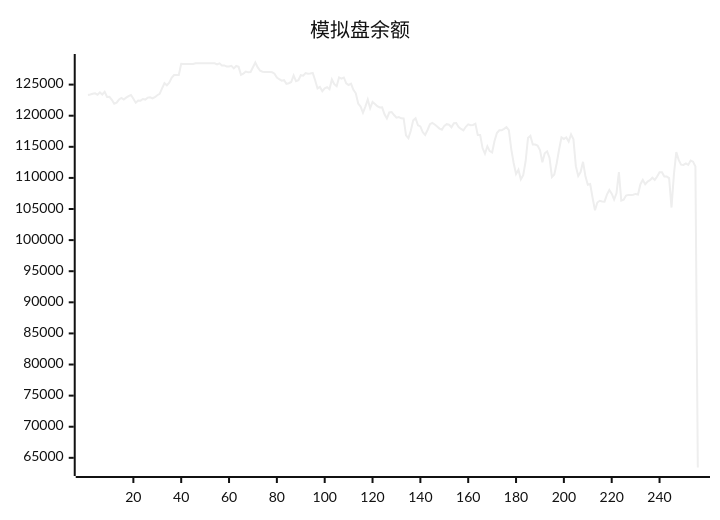
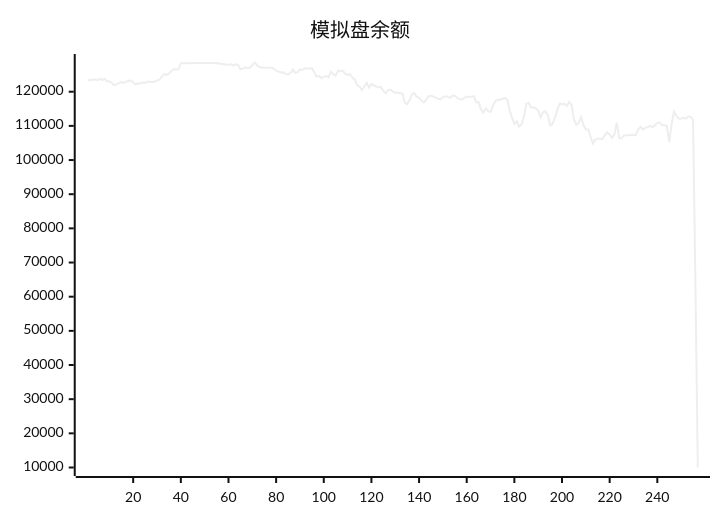
The diagram in README.md (aahl/ai-trading), drawn with Mermaid (neutral theme) before and after one commit. The commit also changed other lines of this file and 1 other file, not shown here.

````diff
--- a/README.md
+++ b/README.md
@@ -5,5 +5,5 @@
 ```mermaid
 xychart
     title "模拟盘余额"
-    line [123338,123402,123530,123592,123378,123745,123413,123853,123009,123040,122557,121938,122095,122599,122856,122597,122898,123160,123319,122719,122087,122454,122416,122685,122592,122907,122961,122776,122981,123295,123507,124403,125224,124894,125303,126088,126544,126534,126549,128335,128318,128318,128318,128318,128318,128424,128424,128424,128424,128424,128424,128424,128424,128424,128247,128412,128062,128087,127917,127901,128026,127611,128000,127850,126572,126770,127100,126971,127029,127783,128554,127765,127224,127064,127044,127009,127025,127004,126738,126152,125871,125635,125707,125117,125217,125420,126480,125545,125715,126511,126424,126856,126764,126788,126890,125710,124381,124632,123936,124402,124574,124256,125833,125070,124739,126154,125966,126145,125213,124943,125143,124157,123604,121959,121476,120476,121470,122610,121201,122221,121889,121522,121332,121344,120232,119559,120513,120577,120108,119680,119777,119572,119568,116839,116392,117573,119250,119585,118469,118277,117338,116897,117706,118628,118849,118579,118280,117926,117735,118373,118639,118544,118136,118798,118819,118162,117874,117649,118215,118601,118463,118517,118713,116911,116899,114798,113887,115084,114313,114091,115934,117221,117658,117658,117883,118164,117693,114632,112403,110644,111313,109777,110444,112673,116419,116772,115355,115355,115198,114476,112510,113954,114276,113223,110151,110561,112361,114562,116522,116265,116500,115845,117000,116199,111887,110306,110942,112588,110318,108891,109011,106814,104811,106038,106327,106201,106180,107315,108068,107463,106528,107530,110941,106346,106482,107161,107268,107270,107302,107426,107340,108985,109681,108962,109404,109645,110030,109680,110214,110918,110897,110215,110212,109962,105235,110525,114151,112895,112137,112083,112329,112094,112784,112613,111829,63445]
+    line [123338,123402,123530,123592,123378,123745,123413,123853,123009,123040,122557,121938,122095,122599,122856,122597,122898,123160,123319,122719,122087,122454,122416,122685,122592,122907,122961,122776,122981,123295,123507,124403,125224,124894,125303,126088,126544,126534,126549,128335,128318,128318,128318,128318,128318,128424,128424,128424,128424,128424,128424,128424,128424,128424,128247,128412,128062,128087,127917,127901,128026,127611,128000,127850,126572,126770,127100,126971,127029,127783,128554,127765,127224,127064,127044,127009,127025,127004,126738,126152,125871,125635,125707,125117,125217,125420,126480,125545,125715,126511,126424,126856,126764,126788,126890,125710,124381,124632,123936,124402,124574,124256,125833,125070,124739,126154,125966,126145,125213,124943,125143,124157,123604,121959,121476,120476,121470,122610,121201,122221,121889,121522,121332,121344,120232,119559,120513,120577,120108,119680,119777,119572,119568,116839,116392,117573,119250,119585,118469,118277,117338,116897,117706,118628,118849,118579,118280,117926,117735,118373,118639,118544,118136,118798,118819,118162,117874,117649,118215,118601,118463,118517,118713,116911,116899,114798,113887,115084,114313,114091,115934,117221,117658,117658,117883,118164,117693,114632,112403,110644,111313,109777,110444,112673,116419,116772,115355,115355,115198,114476,112510,113954,114276,113223,110151,110561,112361,114562,116522,116265,116500,115845,117000,116199,111887,110306,110942,112588,110318,108891,109011,106814,104811,106038,106327,106201,106180,107315,108068,107463,106528,107530,110941,106346,106482,107161,107268,107270,107302,107426,107340,108985,109681,108962,109404,109645,110030,109680,110214,110918,110897,110215,110212,109962,105235,110525,114151,112895,112137,112083,112329,112094,112784,112613,111829,63445,10000]
 ```
````
